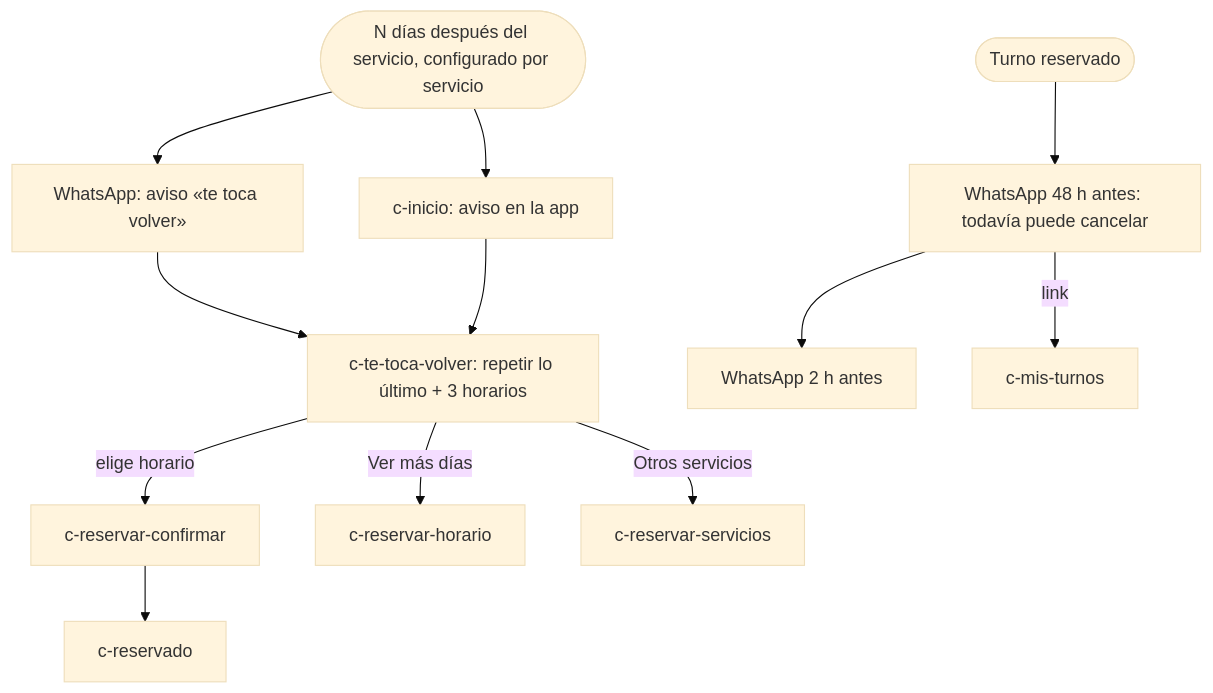
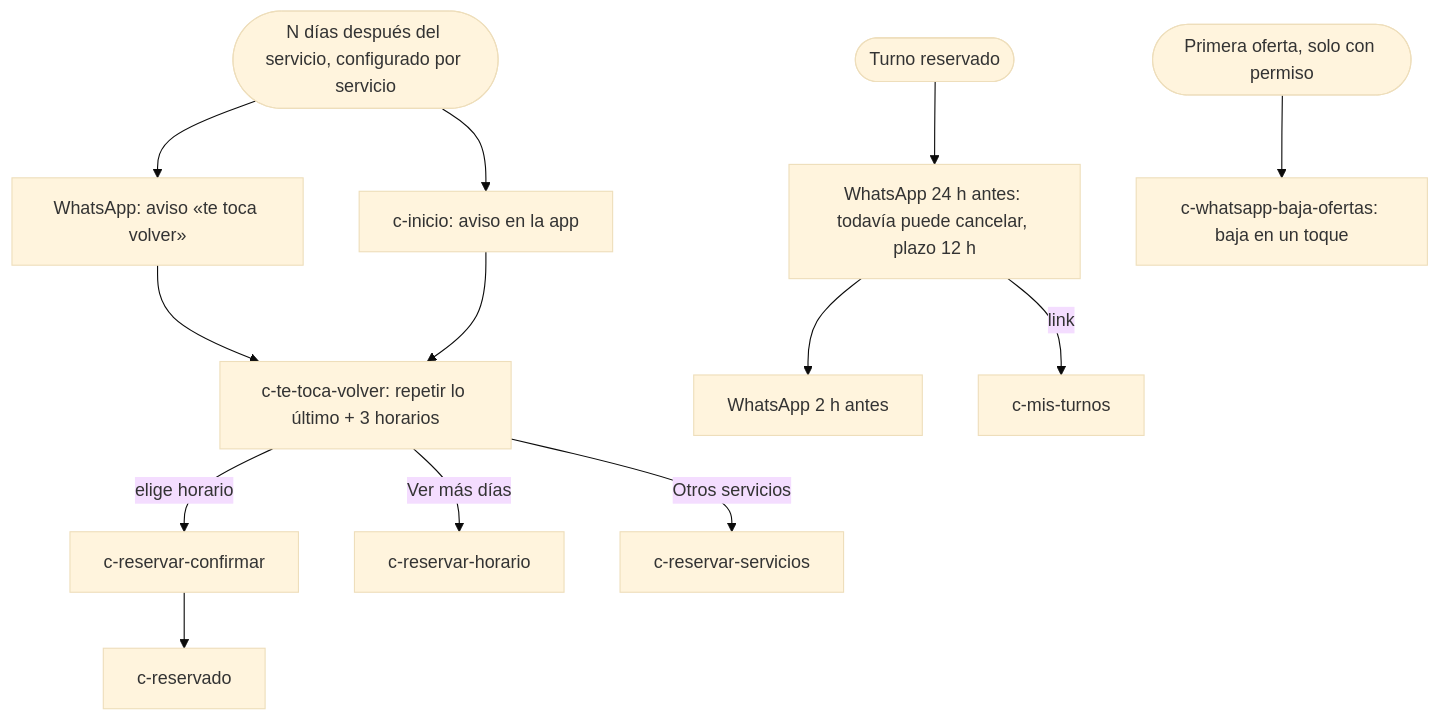
One commit to gm2dev/coop-agents-design changed the fourth of 8 diagrams in initiatives/spa-reservas-mvp/flows.md. Above: the diagram before and after it, drawn with Mermaid (base theme). The commit also changed other lines of this file and 60 other files, not shown here.

````diff
--- a/initiatives/spa-reservas-mvp/flows.md
+++ b/initiatives/spa-reservas-mvp/flows.md
@@ -54,12 +54,13 @@
 ```mermaid
 flowchart TD
   T([N días después del servicio, configurado por servicio]) --> W[WhatsApp: aviso «te toca volver»]
   T --> I[c-inicio: aviso en la app]
   W --> R[c-te-toca-volver: repetir lo último + 3 horarios]
   I --> R
   R -->|elige horario| C[c-reservar-confirmar] --> OK[c-reservado]
   R -->|Ver más días| H[c-reservar-horario]
   R -->|Otros servicios| S[c-reservar-servicios]
-  X([Turno reservado]) --> R1[WhatsApp 48 h antes: todavía puede cancelar] --> R2[WhatsApp 2 h antes]
+  X([Turno reservado]) --> R1[WhatsApp 24 h antes: todavía puede cancelar, plazo 12 h] --> R2[WhatsApp 2 h antes]
+  O([Primera oferta, solo con permiso]) --> OB[c-whatsapp-baja-ofertas: baja en un toque]
   R1 -->|link| M[c-mis-turnos]
 ```
````
